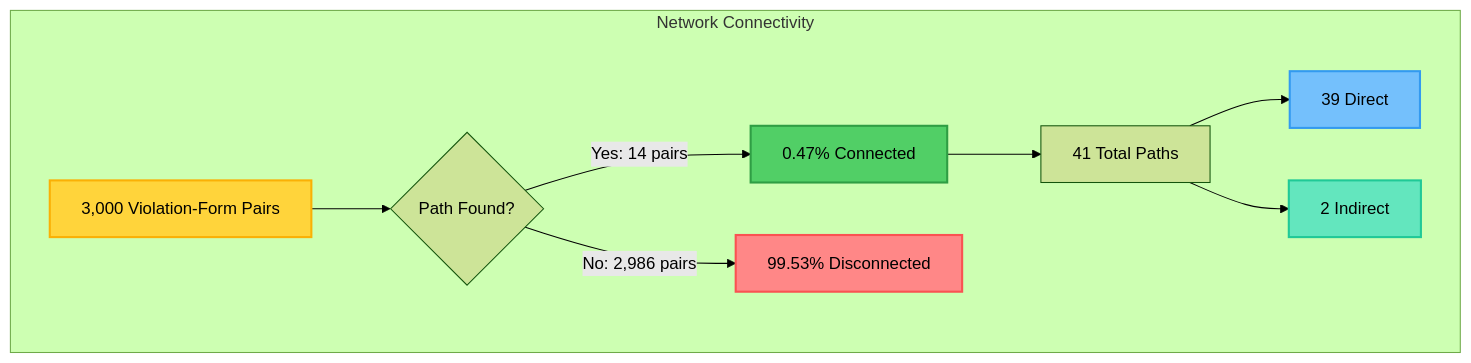
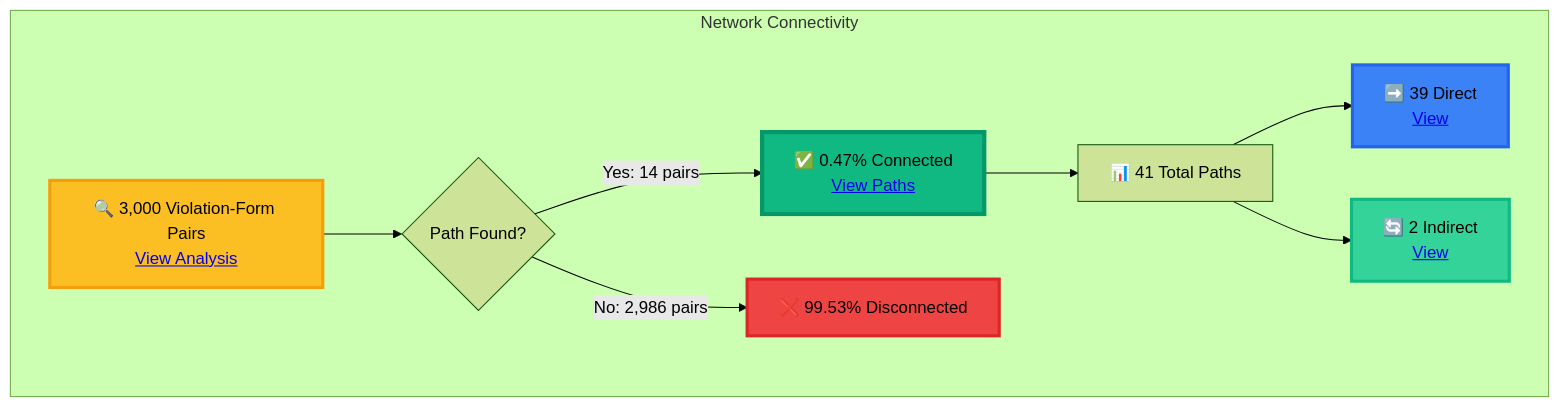
The fifth of 6 diagrams in data/processed/GRAPH_THEORY_ANALYSIS_SUMMARY.md (1digitaldesign/kettler-data-analysis), drawn with Mermaid (forest theme) before and after one commit. The commit also changed other lines of this file and 8 other files, not shown here.

First line of the commit message:
fix: Improve dark mode contrast and add interactive elements to diagrams

````diff
--- a/data/processed/GRAPH_THEORY_ANALYSIS_SUMMARY.md
+++ b/data/processed/GRAPH_THEORY_ANALYSIS_SUMMARY.md
@@ -158,17 +158,17 @@
 ```mermaid
 graph TB
     subgraph "Network Connectivity"
-        A[3,000 Violation-Form Pairs] --> B{Path Found?}
-        B -->|Yes: 14 pairs| C[0.47% Connected]
-        B -->|No: 2,986 pairs| D[99.53% Disconnected]
-        C --> E[41 Total Paths]
-        E --> F[39 Direct]
-        E --> G[2 Indirect]
+        A["🔍 3,000 Violation-Form Pairs<br/><a href='data/processed/graph_theory_analysis.json#pathways'>View Analysis</a>"] --> B{Path Found?}
+        B -->|Yes: 14 pairs| C["✅ 0.47% Connected<br/><a href='data/processed/graph_theory_analysis.json#pathways'>View Paths</a>"]
+        B -->|No: 2,986 pairs| D["❌ 99.53% Disconnected"]
+        C --> E["📊 41 Total Paths"]
+        E --> F["➡️ 39 Direct<br/><a href='data/processed/graph_theory_analysis.json#pathways'>View</a>"]
+        E --> G["🔄 2 Indirect<br/><a href='data/processed/graph_theory_analysis.json#pathways'>View</a>"]
     end
-
-    style A fill:#ffd43b,stroke:#fab005,stroke-width:2px
-    style C fill:#51cf66,stroke:#2f9e44,stroke-width:2px
-    style D fill:#ff8787,stroke:#fa5252,stroke-width:2px
-    style F fill:#74c0fc,stroke:#339af0,stroke-width:2px
-    style G fill:#63e6be,stroke:#20c997,stroke-width:2px
+    
+    style A fill:#fbbf24,stroke:#f59e0b,stroke-width:3px
+    style C fill:#10b981,stroke:#059669,stroke-width:4px
+    style D fill:#ef4444,stroke:#dc2626,stroke-width:3px
+    style F fill:#3b82f6,stroke:#2563eb,stroke-width:3px
+    style G fill:#34d399,stroke:#10b981,stroke-width:3px
 ```
````
